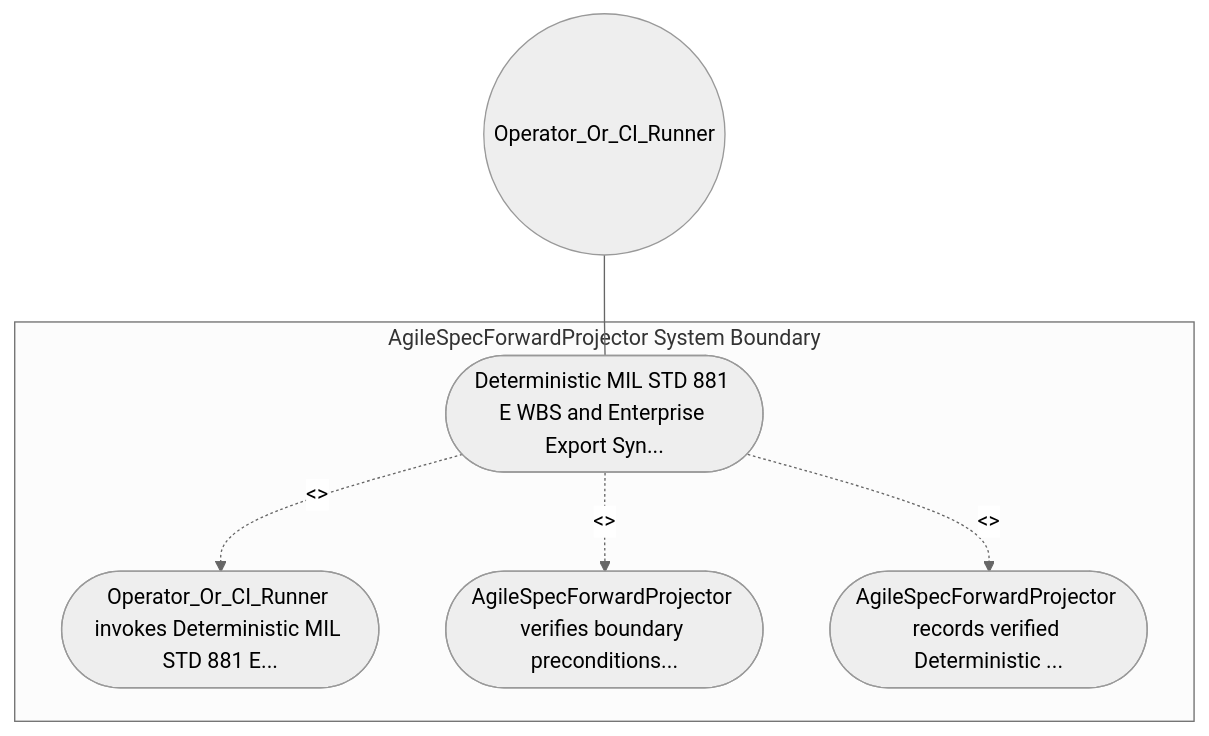
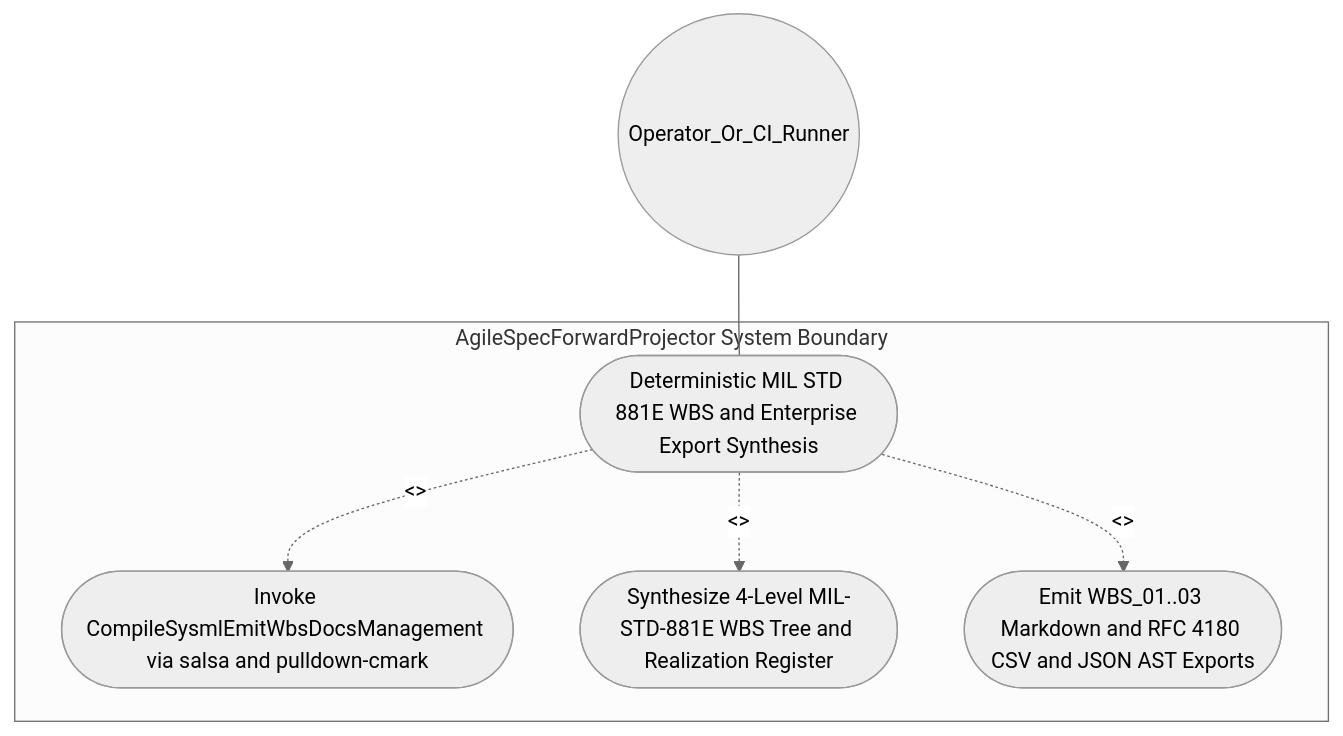
Before and after one commit to gintatkinson/DEAP01-spec-core: the first of 2 diagrams in .pipeline/upstream/docs/use-cases/UC-18-Deterministic_MIL_STD_881E_WBS_and_Enterprise_Export_Synthesis.md, drawn with Mermaid (neutral theme). The commit also changed other lines of this file and 225 other files, not shown here.

````diff
--- a/.pipeline/upstream/docs/use-cases/UC-18-Deterministic_MIL_STD_881E_WBS_and_Enterprise_Export_Synthesis.md
+++ b/.pipeline/upstream/docs/use-cases/UC-18-Deterministic_MIL_STD_881E_WBS_and_Enterprise_Export_Synthesis.md
@@ -16,13 +18,13 @@
 ```mermaid
 graph TD
     subgraph "AgileSpecForwardProjector System Boundary"
-        UC_Main(["Deterministic MIL STD 881 E WBS and Enterprise Export Syn..."])
-        UC_Step01(["Operator_Or_CI_Runner invokes Deterministic MIL STD 881 E..."])
-        UC_Step02(["AgileSpecForwardProjector verifies boundary preconditions..."])
-        UC_Step03(["AgileSpecForwardProjector records verified Deterministic ..."])
+        UC_Main(["Deterministic MIL STD 881E WBS and Enterprise Export Synthesis"])
+        UC_Step01(["Invoke CompileSysmlEmitWbsDocsManagement via salsa and pulldown-cmark"])
+        UC_Step02(["Synthesize 4-Level MIL-STD-881E WBS Tree and Realization Register"])
+        UC_Step03(["Emit WBS_01..03 Markdown and RFC 4180 CSV and JSON AST Exports"])
     end
     Operator_Or_CI_Runner(("Operator_Or_CI_Runner")) --- UC_Main
     UC_Main -. "<<include>>" .-> UC_Step01
     UC_Main -. "<<include>>" .-> UC_Step02
     UC_Main -. "<<include>>" .-> UC_Step03
 ```
````
